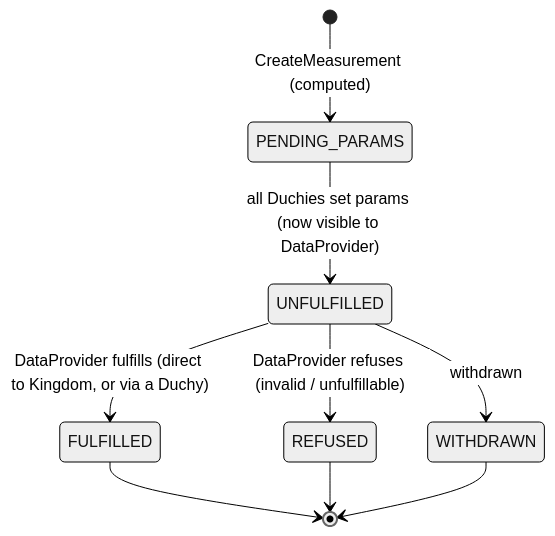
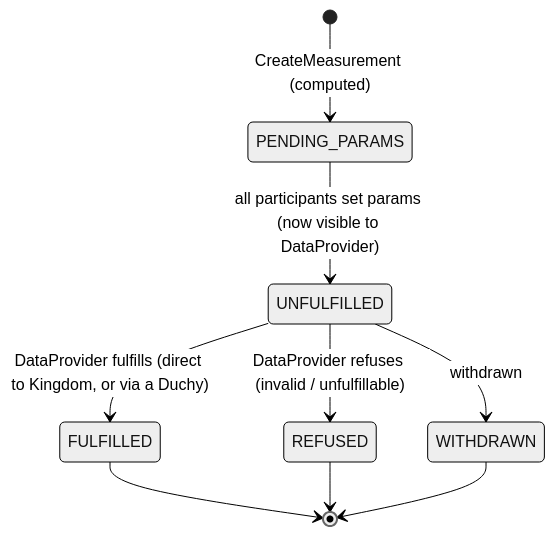
The third of 3 diagrams in docs/architecture/crosscutting/measurement-lifecycle.md (world-federation-of-advertisers/cross-media-measurement), drawn with Mermaid (neutral theme) before and after one commit. The commit also changed other lines of this file and 7 other files, not shown here.

````diff
--- a/docs/architecture/crosscutting/measurement-lifecycle.md
+++ b/docs/architecture/crosscutting/measurement-lifecycle.md
@@ -280,11 +280,11 @@
 ```mermaid
 stateDiagram-v2
   [*] --> PENDING_PARAMS: CreateMeasurement (computed)
-  PENDING_PARAMS --> UNFULFILLED: all Duchies set params (now visible to DataProvider)
+  PENDING_PARAMS --> UNFULFILLED: all participants set params (now visible to DataProvider)
   UNFULFILLED --> FULFILLED: DataProvider fulfills (direct to Kingdom, or via a Duchy)
   UNFULFILLED --> REFUSED: DataProvider refuses (invalid / unfulfillable)
   UNFULFILLED --> WITHDRAWN: withdrawn
   FULFILLED --> [*]
   REFUSED --> [*]
   WITHDRAWN --> [*]
 ```
````
